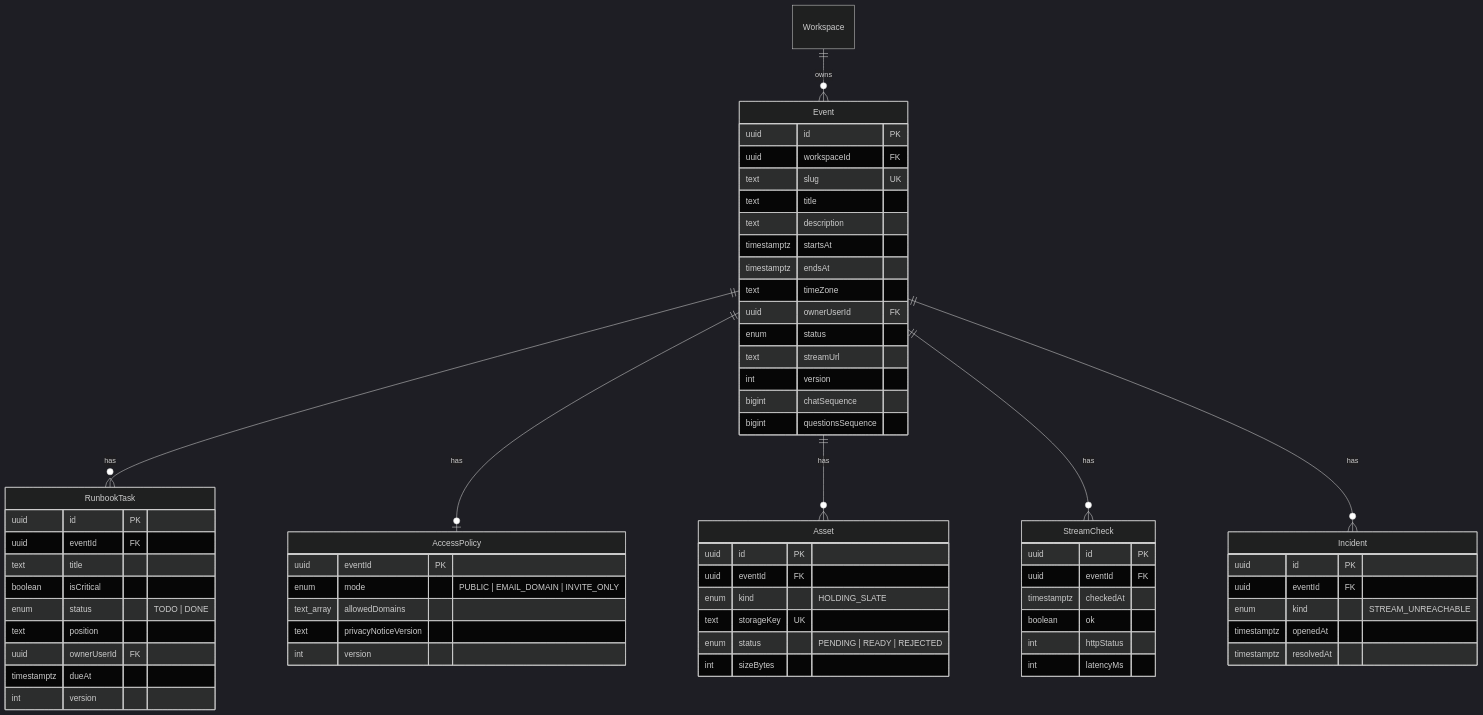
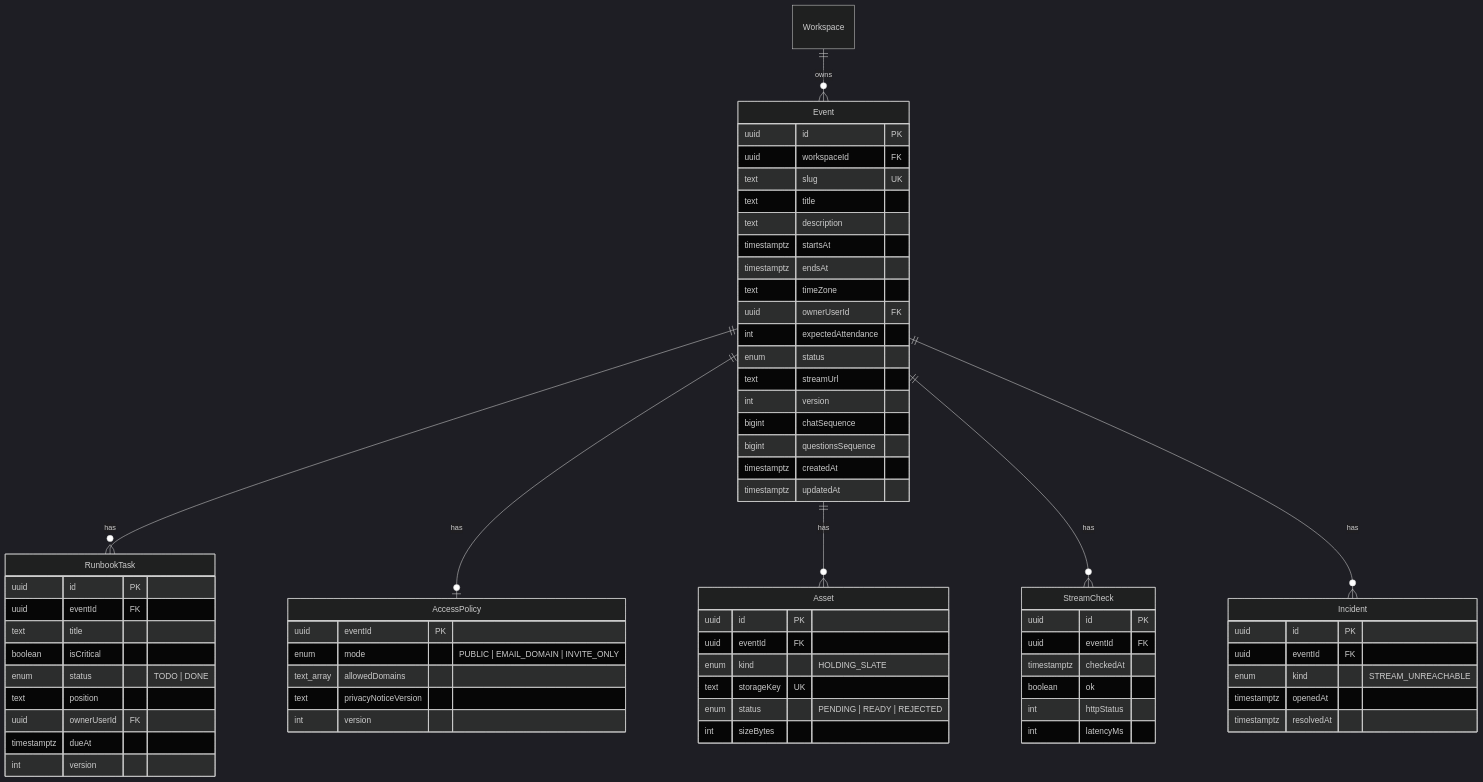
One commit to zhanru-dev/GoLiveBoard changed the third of 5 diagrams in docs/03-domain-and-data-model.md. Above: the diagram before and after it, drawn with Mermaid (dark theme). The commit also changed other lines of this file and 39 other files, not shown here.

````diff
--- a/docs/03-domain-and-data-model.md
+++ b/docs/03-domain-and-data-model.md
@@ -117,67 +117,70 @@
 ```mermaid
 erDiagram
   Workspace ||--o{ Event : owns
   Event ||--o{ RunbookTask : has
   Event ||--o| AccessPolicy : has
   Event ||--o{ Asset : has
   Event ||--o{ StreamCheck : has
   Event ||--o{ Incident : has
 
   Event {
     uuid id PK
     uuid workspaceId FK
     text slug UK
     text title
     text description
     timestamptz startsAt
     timestamptz endsAt
     text timeZone
     uuid ownerUserId FK
+    int expectedAttendance
     enum status
     text streamUrl
     int version
     bigint chatSequence
     bigint questionsSequence
+    timestamptz createdAt
+    timestamptz updatedAt
   }
   RunbookTask {
     uuid id PK
     uuid eventId FK
     text title
     boolean isCritical
     enum status "TODO | DONE"
     text position
     uuid ownerUserId FK
     timestamptz dueAt
     int version
   }
   AccessPolicy {
     uuid eventId PK
     enum mode "PUBLIC | EMAIL_DOMAIN | INVITE_ONLY"
     text_array allowedDomains
     text privacyNoticeVersion
     int version
   }
   Asset {
     uuid id PK
     uuid eventId FK
     enum kind "HOLDING_SLATE"
     text storageKey UK
     enum status "PENDING | READY | REJECTED"
     int sizeBytes
   }
   StreamCheck {
     uuid id PK
     uuid eventId FK
     timestamptz checkedAt
     boolean ok
     int httpStatus
     int latencyMs
   }
   Incident {
     uuid id PK
     uuid eventId FK
     enum kind "STREAM_UNREACHABLE"
     timestamptz openedAt
     timestamptz resolvedAt
   }
 ```
````
